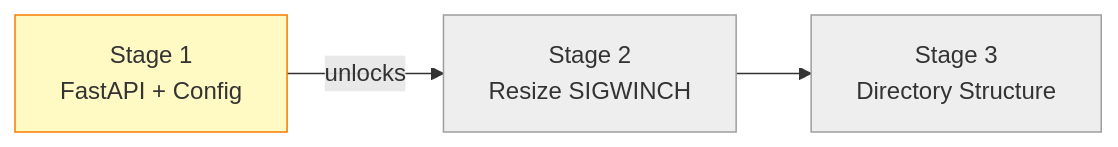
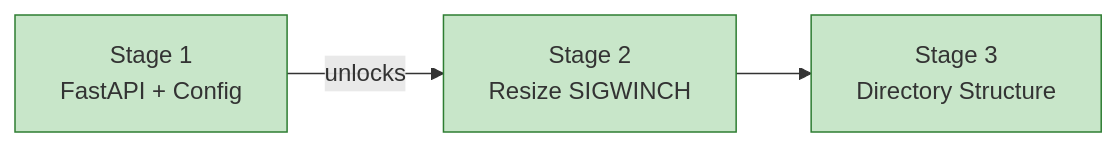
The diagram in docs/proposals/epic-1-tps-mvp/child-2-phase0-fastapi-refactor/progress.md (info-tech-io/web-terminal), drawn with Mermaid before and after one commit. The commit also changed other lines of this file and 20 other files, not shown here.

````diff
--- a/docs/proposals/epic-1-tps-mvp/child-2-phase0-fastapi-refactor/progress.md
+++ b/docs/proposals/epic-1-tps-mvp/child-2-phase0-fastapi-refactor/progress.md
@@ -8,9 +8,9 @@
 ```mermaid
 graph LR
     A["Stage 1\nFastAPI + Config"] -->|unlocks| B["Stage 2\nResize SIGWINCH"]
     B --> C["Stage 3\nDirectory Structure"]
 
-    style A fill:#fff9c4,stroke:#f57c00
-    style B fill:#eeeeee,stroke:#9e9e9e
-    style C fill:#eeeeee,stroke:#9e9e9e
+    style A fill:#c8e6c9,stroke:#2e7d32
+    style B fill:#c8e6c9,stroke:#2e7d32
+    style C fill:#c8e6c9,stroke:#2e7d32
 ```
````
